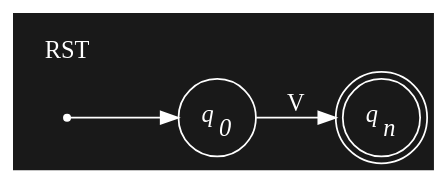
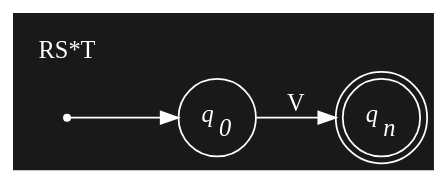
The eighth of 10 diagrams in qmd/src/regularity.qmd (cd-public/compute), drawn with Graphviz before and after one commit. The commit also changed other lines of this file and 46 other files, not shown here.

````diff
--- a/qmd/src/regularity.qmd
+++ b/qmd/src/regularity.qmd
@@ -487,17 +474,17 @@
   ```{dot}
 //| echo: false
 digraph finite_automata {
   rankdir=LR; bgcolor="#191919";
   node [fontcolor = "#ffffff", color = "#ffffff"]
   edge [color = "#ffffff",fontcolor = "#ffffff"]
 
   node [shape=circle];
   d0 [label="",shape=point]; 
   q0 [label=<<I>q<SUB>0</SUB></I>>];
-  r [label="RST",shape=plaintext];
+  r [label="RS*T",shape=plaintext];
   qn [label=<<I>q<SUB>n</SUB></I>>, shape=doublecircle]; 
 
   d0 -> q0
   q0 -> qn [label="V"];
 }
 ```
````
